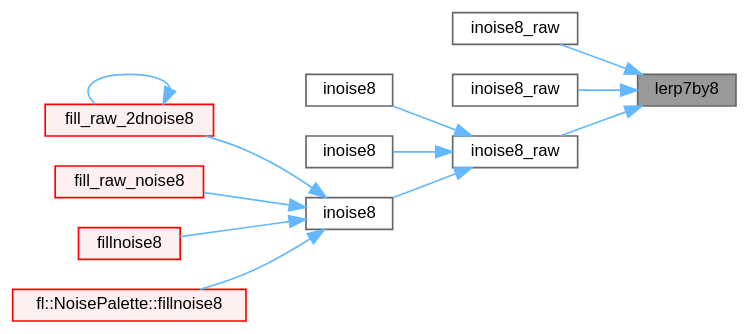
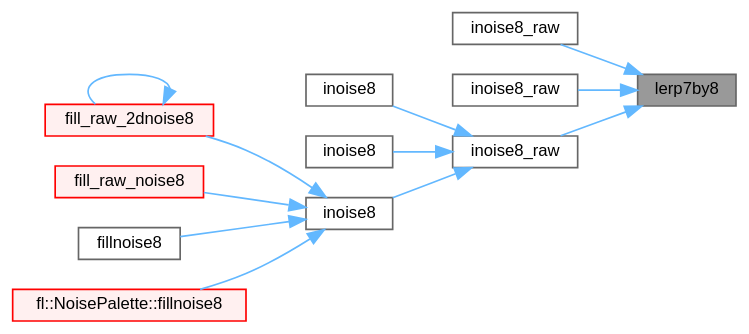
The diagram in docs/d6/de8/noise_8cpp_ad89cf56a81ef482a0027a47eada176bb_icgraph.dot (manmuqingshan/FastLED), drawn with Graphviz before and after one commit. The commit also changed 1439 other files, not shown here.

```diff
--- a/docs/d6/de8/noise_8cpp_ad89cf56a81ef482a0027a47eada176bb_icgraph.dot
+++ b/docs/d6/de8/noise_8cpp_ad89cf56a81ef482a0027a47eada176bb_icgraph.dot
@@ -1,30 +1,30 @@
 digraph "lerp7by8"
 {
  // LATEX_PDF_SIZE
   bgcolor="transparent";
   edge [fontname=Helvetica,fontsize=10,labelfontname=Helvetica,labelfontsize=10];
   node [fontname=Helvetica,fontsize=10,shape=box,height=0.2,width=0.4];
   rankdir="RL";
   Node1 [id="Node000001",label="lerp7by8",height=0.2,width=0.4,color="gray40", fillcolor="grey60", style="filled", fontcolor="black",tooltip=" "];
   Node1 -> Node2 [id="edge1_Node000001_Node000002",dir="back",color="steelblue1",style="solid",tooltip=" "];
   Node2 [id="Node000002",label="inoise8_raw",height=0.2,width=0.4,color="grey40", fillcolor="white", style="filled",URL="$d8/df9/group___noise_generation.html#gabf6fbef9588c6d6ee35b7ad79fe14ace",tooltip="8-bit, fixed point implementation of Perlin's noise without scaling."];
   Node1 -> Node3 [id="edge2_Node000001_Node000003",dir="back",color="steelblue1",style="solid",tooltip=" "];
   Node3 [id="Node000003",label="inoise8_raw",height=0.2,width=0.4,color="grey40", fillcolor="white", style="filled",URL="$d8/df9/group___noise_generation.html#gae8a7338d2f14deb11f62086adf81dfe2",tooltip="8-bit, fixed point implementation of Perlin's noise without scaling."];
   Node1 -> Node4 [id="edge3_Node000001_Node000004",dir="back",color="steelblue1",style="solid",tooltip=" "];
   Node4 [id="Node000004",label="inoise8_raw",height=0.2,width=0.4,color="grey40", fillcolor="white", style="filled",URL="$d8/df9/group___noise_generation.html#ga6c57ed3ea69e819c29602578ecbabd71",tooltip="8-bit, fixed point implementation of Perlin's noise without scaling."];
   Node4 -> Node5 [id="edge4_Node000004_Node000005",dir="back",color="steelblue1",style="solid",tooltip=" "];
   Node5 [id="Node000005",label="inoise8",height=0.2,width=0.4,color="grey40", fillcolor="white", style="filled",URL="$d8/df9/group___noise_generation.html#gab9d952a5258caa93c05ebdde0140cf0e",tooltip="8-Bit, fixed point implementation of Perlin's noise."];
   Node4 -> Node6 [id="edge5_Node000004_Node000006",dir="back",color="steelblue1",style="solid",tooltip=" "];
   Node6 [id="Node000006",label="inoise8",height=0.2,width=0.4,color="grey40", fillcolor="white", style="filled",URL="$d8/df9/group___noise_generation.html#ga9641aa87f0a5557f73004fb73f81bba5",tooltip="8-Bit, fixed point implementation of Perlin's noise."];
   Node4 -> Node7 [id="edge6_Node000004_Node000007",dir="back",color="steelblue1",style="solid",tooltip=" "];
   Node7 [id="Node000007",label="inoise8",height=0.2,width=0.4,color="grey40", fillcolor="white", style="filled",URL="$d8/df9/group___noise_generation.html#gaa521ccca6038d7b5e881fe2e8f35d3bc",tooltip="8-Bit, fixed point implementation of Perlin's noise."];
   Node7 -> Node8 [id="edge7_Node000007_Node000008",dir="back",color="steelblue1",style="solid",tooltip=" "];
   Node8 [id="Node000008",label="fill_raw_2dnoise8",height=0.2,width=0.4,color="red", fillcolor="#FFF0F0", style="filled",URL="$de/da4/group___noise_fill.html#ga3dc6c55a3f8495a7bc6dc0124434c688",tooltip="Fill a 2D 8-bit buffer with noise, using inoise8()"];
   Node8 -> Node8 [id="edge8_Node000008_Node000008",dir="back",color="steelblue1",style="solid",tooltip=" "];
   Node7 -> Node13 [id="edge9_Node000007_Node000013",dir="back",color="steelblue1",style="solid",tooltip=" "];
   Node13 [id="Node000013",label="fill_raw_noise8",height=0.2,width=0.4,color="red", fillcolor="#FFF0F0", style="filled",URL="$de/da4/group___noise_fill.html#ga1e4dba9289b03333697e70d4b7f3b006",tooltip="Fill a 1D 8-bit buffer with noise, using inoise8()"];
   Node7 -> Node16 [id="edge10_Node000007_Node000016",dir="back",color="steelblue1",style="solid",tooltip=" "];
-  Node16 [id="Node000016",label="fillnoise8",height=0.2,width=0.4,color="red", fillcolor="#FFF0F0", style="filled",URL="$d6/d9d/_noise_8ino.html#a695b396822bbfb2d9b29c121cf13e8f3",tooltip=" "];
-  Node7 -> Node18 [id="edge11_Node000007_Node000018",dir="back",color="steelblue1",style="solid",tooltip=" "];
-  Node18 [id="Node000018",label="fl::NoisePalette::fillnoise8",height=0.2,width=0.4,color="red", fillcolor="#FFF0F0", style="filled",URL="$d9/d41/classfl_1_1_noise_palette.html#a22d1820b5a78e9ccfb4123ef9161f738",tooltip=" "];
+  Node16 [id="Node000016",label="fillnoise8",height=0.2,width=0.4,color="grey40", fillcolor="white", style="filled",URL="$da/dda/_noise_plus_palette_8ino.html#a695b396822bbfb2d9b29c121cf13e8f3",tooltip=" "];
+  Node7 -> Node17 [id="edge11_Node000007_Node000017",dir="back",color="steelblue1",style="solid",tooltip=" "];
+  Node17 [id="Node000017",label="fl::NoisePalette::fillnoise8",height=0.2,width=0.4,color="red", fillcolor="#FFF0F0", style="filled",URL="$d9/d41/classfl_1_1_noise_palette.html#a22d1820b5a78e9ccfb4123ef9161f738",tooltip=" "];
 }
```
